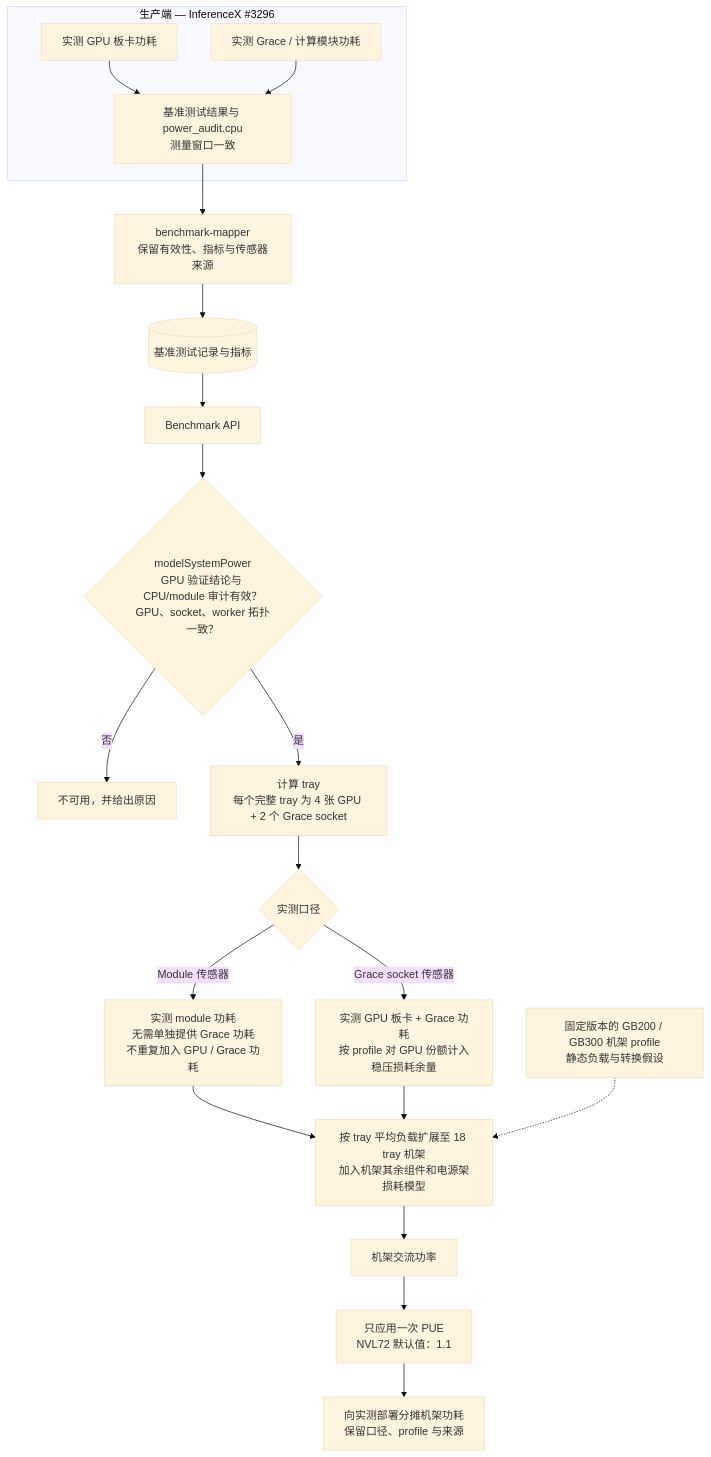
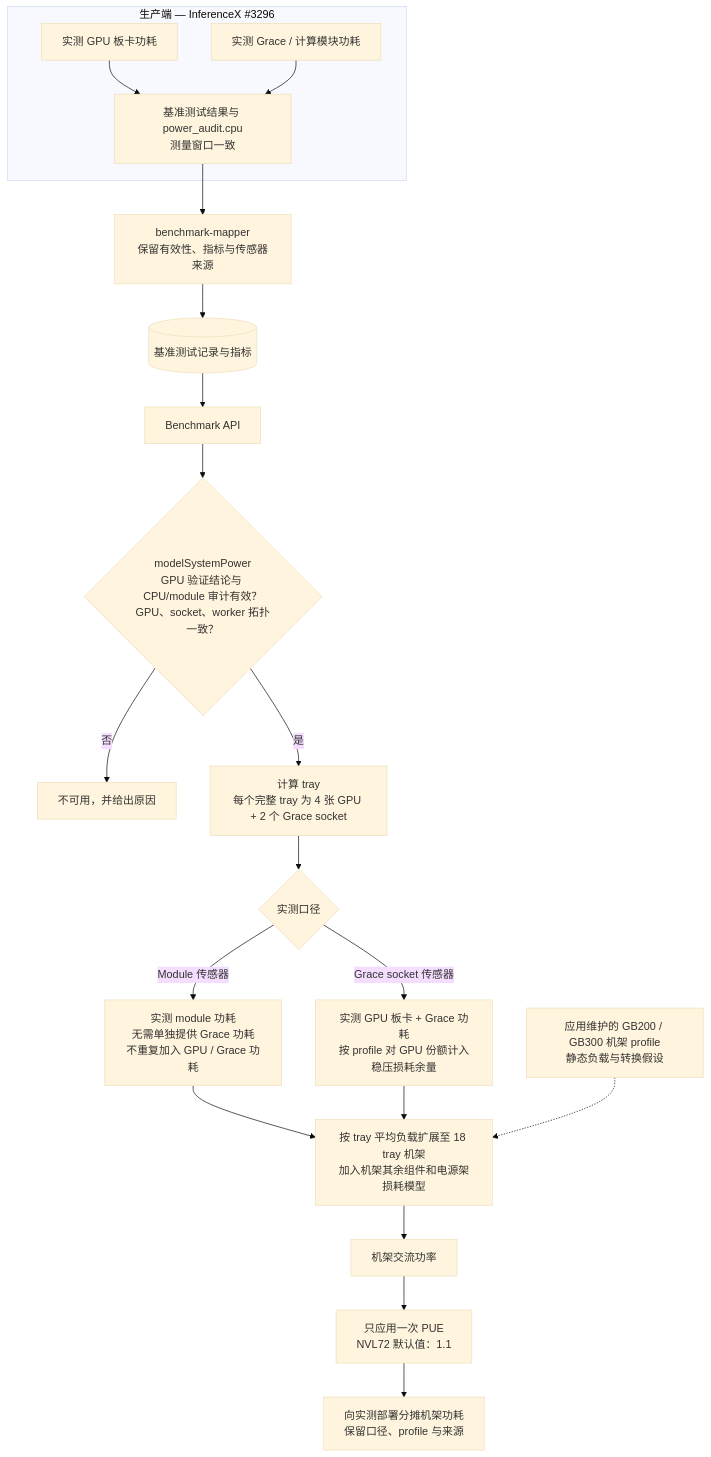
Before and after one commit to SemiAnalysisAI/InferenceX-app: the first of 2 diagrams in docs/powerx-system-power.zh.md, drawn with Mermaid (base theme). The commit also changed other lines of this file and 20 other files, not shown here.

````diff
--- a/docs/powerx-system-power.zh.md
+++ b/docs/powerx-system-power.zh.md
@@ -182,26 +181,26 @@
 ```mermaid
 flowchart TB
     subgraph Producer["生产端 — InferenceX #3296"]
         GPU["实测 GPU 板卡功耗"]
         CPU["实测 Grace / 计算模块功耗"]
         ART["基准测试结果与 power_audit.cpu<br/>测量窗口一致"]
         GPU --> ART
         CPU --> ART
     end
     ART --> ETL["benchmark-mapper<br/>保留有效性、指标与传感器来源"]
     ETL --> DB[("基准测试记录与指标")]
     DB --> API["Benchmark API"]
     API --> GATE{"modelSystemPower<br/>GPU 验证结论与 CPU/module 审计有效？<br/>GPU、socket、worker 拓扑一致？"}
     GATE -->|"否"| NONE["不可用，并给出原因"]
     GATE -->|"是"| TRAY["计算 tray<br/>每个完整 tray 为 4 张 GPU + 2 个 Grace socket"]
     TRAY --> BASIS{"实测口径"}
     BASIS -->|"Module 传感器"| MODULE["实测 module 功耗<br/>无需单独提供 Grace 功耗<br/>不重复加入 GPU / Grace 功耗"]
     BASIS -->|"Grace socket 传感器"| SUM["实测 GPU 板卡 + Grace 功耗<br/>按 profile 对 GPU 份额计入稳压损耗余量"]
     MODULE --> RACK
     SUM --> RACK
-    PROFILE["固定版本的 GB200 / GB300 机架 profile<br/>静态负载与转换假设"] -.-> RACK
+    PROFILE["应用维护的 GB200 / GB300 机架 profile<br/>静态负载与转换假设"] -.-> RACK
     RACK["按 tray 平均负载扩展至 18 tray 机架<br/>加入机架其余组件和电源架损耗模型"]
     RACK --> AC["机架交流功率"]
     AC --> FAC["只应用一次 PUE<br/>NVL72 默认值：1.1"]
     FAC --> DEP["向实测部署分摊机架功耗<br/>保留口径、profile 与来源"]
 ```
````
